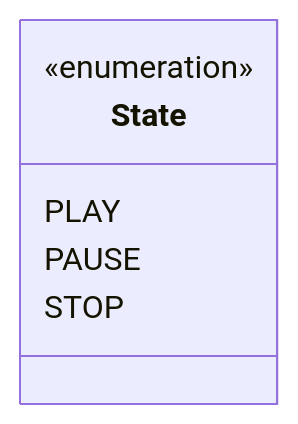
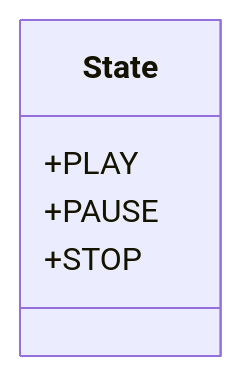
One commit to stridecolossus/JOVE changed the diagram in docs/blog/part-4-models/render-loop.md. Above: the diagram before and after it, drawn with Mermaid.

````diff
--- a/docs/blog/part-4-models/render-loop.md
+++ b/docs/blog/part-4-models/render-loop.md
@@ -336,10 +336,8 @@
 ```mermaid
 classDiagram
 
-class State {
-    <<enumeration>>
-    PLAY
-    PAUSE
-    STOP
-}
+class State
+State : +PLAY
+State : +PAUSE
+State : +STOP
 ```
````
